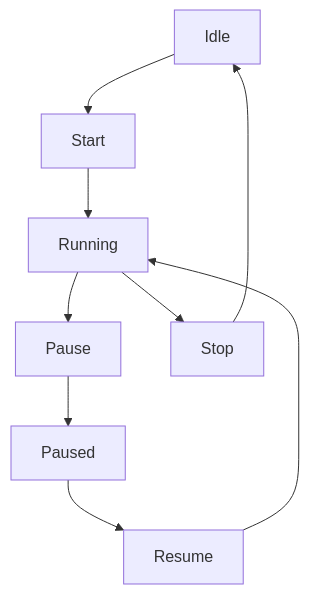
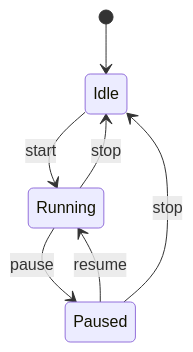
One commit to Heliman84/timescope changed the second of 8 diagrams in docs/processes.md. Above: the diagram before and after it, drawn with Mermaid. The commit also changed other lines of this file and 9 other files, not shown here.

````diff
--- a/docs/processes.md
+++ b/docs/processes.md
@@ -235,11 +47,9 @@
 ```mermaid
-graph TD
-  idle[Idle] --> start[Start]
-  start --> running[Running]
-  running --> pause[Pause]
-  pause --> paused[Paused]
-  paused --> resume[Resume]
-  resume --> running
-  running --> stop[Stop]
-  stop --> idle
+stateDiagram-v2
+    [*] --> Idle
+    Idle --> Running : start
+    Running --> Paused : pause
+    Paused --> Running : resume
+    Running --> Idle : stop
+    Paused --> Idle : stop
 ```
````
